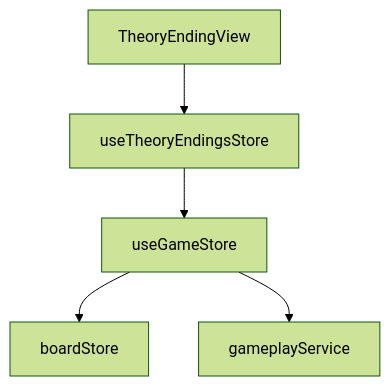
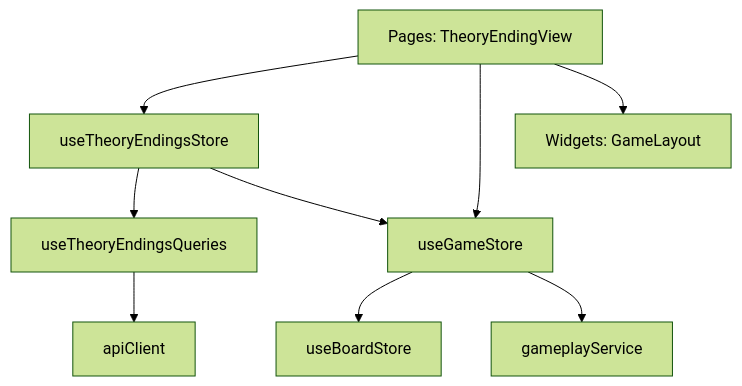
The diagram in game_logics/03_theory-endings.md (ImMoSer/Chessboard.fun), drawn with Mermaid (forest theme) before and after one commit. The commit also changed other lines of this file and 6 other files, not shown here.

````diff
--- a/game_logics/03_theory-endings.md
+++ b/game_logics/03_theory-endings.md
@@ -74,7 +63,14 @@
 ```mermaid
 graph TD
-    TheoryEndingView --> useTheoryEndingsStore
+    TheoryEndingPage[Pages: TheoryEndingView] --> useTheoryEndingsStore
+    TheoryEndingPage --> useGameStore
+    TheoryEndingPage --> GameLayout[Widgets: GameLayout]
+    
+    useTheoryEndingsStore --> useTheoryEndingsQueries
     useTheoryEndingsStore --> useGameStore
-    useGameStore --> boardStore
+    
+    useGameStore --> useBoardStore
     useGameStore --> gameplayService
+    
+    useTheoryEndingsQueries --> apiClient
 ```
````
